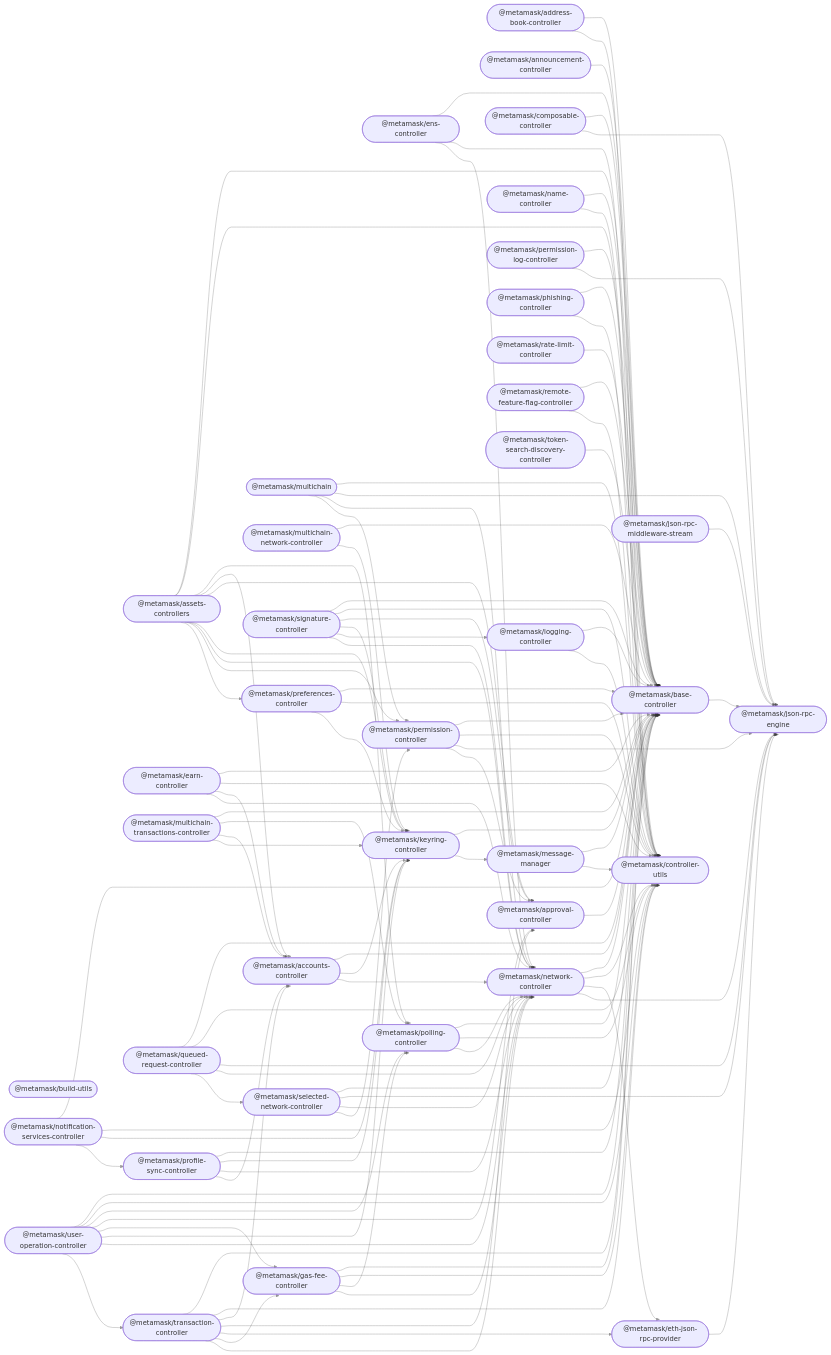
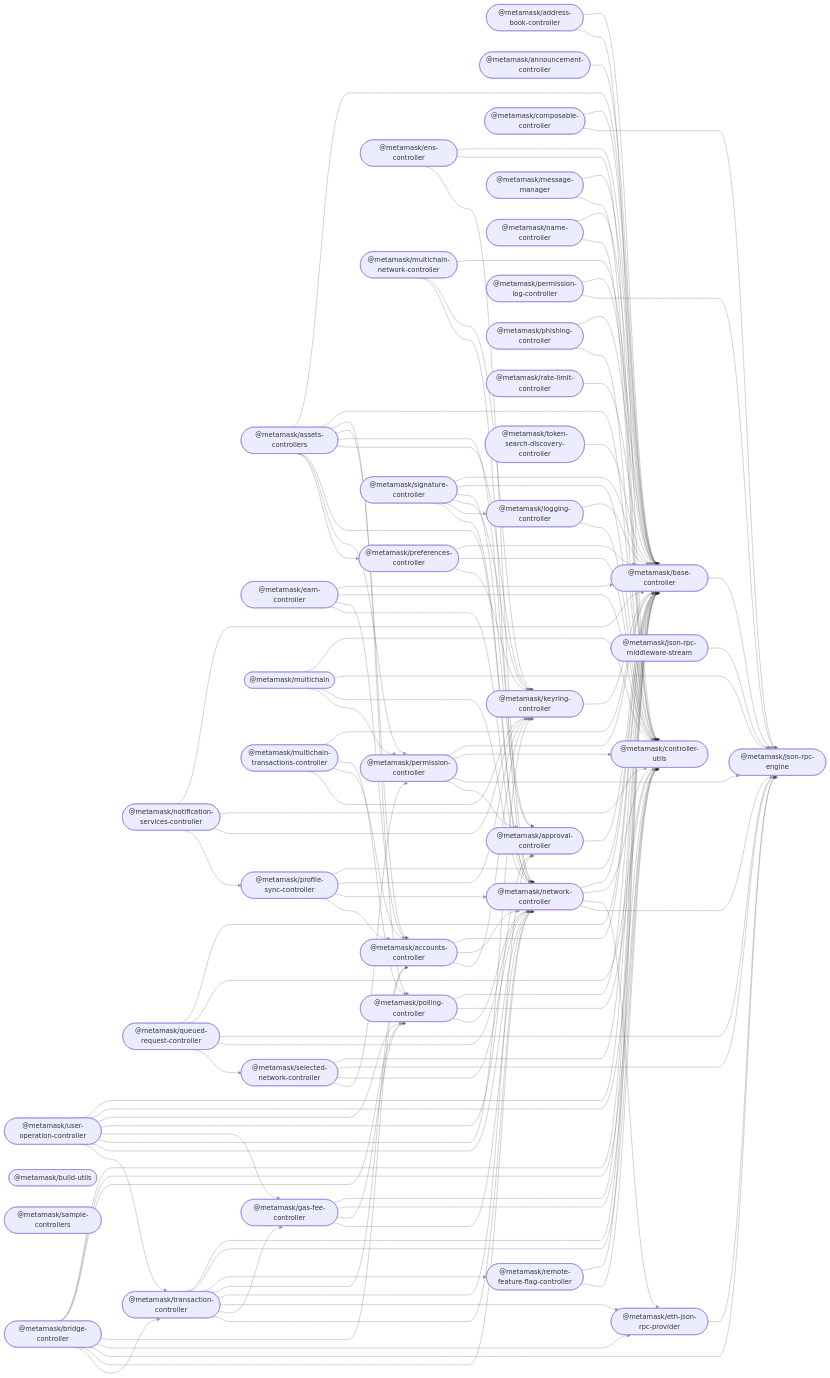
The diagram in README.md (MetaMask/core), drawn with Mermaid before and after one commit. The commit also changed other lines of this file and 13 other files, not shown here.

Commit message:
yarn create-package --name sample-controllers

```diff
--- a/README.md
+++ b/README.md
@@ -74,6 +75,7 @@
   approval_controller(["@metamask/approval-controller"]);
   assets_controllers(["@metamask/assets-controllers"]);
   base_controller(["@metamask/base-controller"]);
+  bridge_controller(["@metamask/bridge-controller"]);
   build_utils(["@metamask/build-utils"]);
   composable_controller(["@metamask/composable-controller"]);
   controller_utils(["@metamask/controller-utils"]);
@@ -101,14 +103,15 @@
   queued_request_controller(["@metamask/queued-request-controller"]);
   rate_limit_controller(["@metamask/rate-limit-controller"]);
   remote_feature_flag_controller(["@metamask/remote-feature-flag-controller"]);
+  sample_controllers(["@metamask/sample-controllers"]);
   selected_network_controller(["@metamask/selected-network-controller"]);
   signature_controller(["@metamask/signature-controller"]);
   token_search_discovery_controller(["@metamask/token-search-discovery-controller"]);
   transaction_controller(["@metamask/transaction-controller"]);
   user_operation_controller(["@metamask/user-operation-controller"]);
   accounts_controller --> base_controller;
+  accounts_controller --> network_controller;
   accounts_controller --> keyring_controller;
-  accounts_controller --> network_controller;
   address_book_controller --> base_controller;
   address_book_controller --> controller_utils;
   announcement_controller --> base_controller;
@@ -123,6 +126,14 @@
   assets_controllers --> permission_controller;
   assets_controllers --> preferences_controller;
   base_controller --> json_rpc_engine;
+  bridge_controller --> base_controller;
+  bridge_controller --> controller_utils;
+  bridge_controller --> polling_controller;
+  bridge_controller --> accounts_controller;
+  bridge_controller --> eth_json_rpc_provider;
+  bridge_controller --> json_rpc_engine;
+  bridge_controller --> network_controller;
+  bridge_controller --> transaction_controller;
   composable_controller --> base_controller;
   composable_controller --> json_rpc_engine;
   earn_controller --> base_controller;
@@ -139,7 +150,6 @@
   gas_fee_controller --> network_controller;
   json_rpc_middleware_stream --> json_rpc_engine;
   keyring_controller --> base_controller;
-  keyring_controller --> message_manager;
   logging_controller --> base_controller;
   logging_controller --> controller_utils;
   message_manager --> base_controller;
@@ -150,6 +160,7 @@
   multichain --> permission_controller;
   multichain_network_controller --> base_controller;
   multichain_network_controller --> keyring_controller;
+  multichain_network_controller --> network_controller;
   multichain_transactions_controller --> base_controller;
   multichain_transactions_controller --> polling_controller;
   multichain_transactions_controller --> accounts_controller;
@@ -203,6 +214,7 @@
   token_search_discovery_controller --> base_controller;
   transaction_controller --> base_controller;
   transaction_controller --> controller_utils;
+  transaction_controller --> remote_feature_flag_controller;
   transaction_controller --> accounts_controller;
   transaction_controller --> approval_controller;
   transaction_controller --> eth_json_rpc_provider;
```
